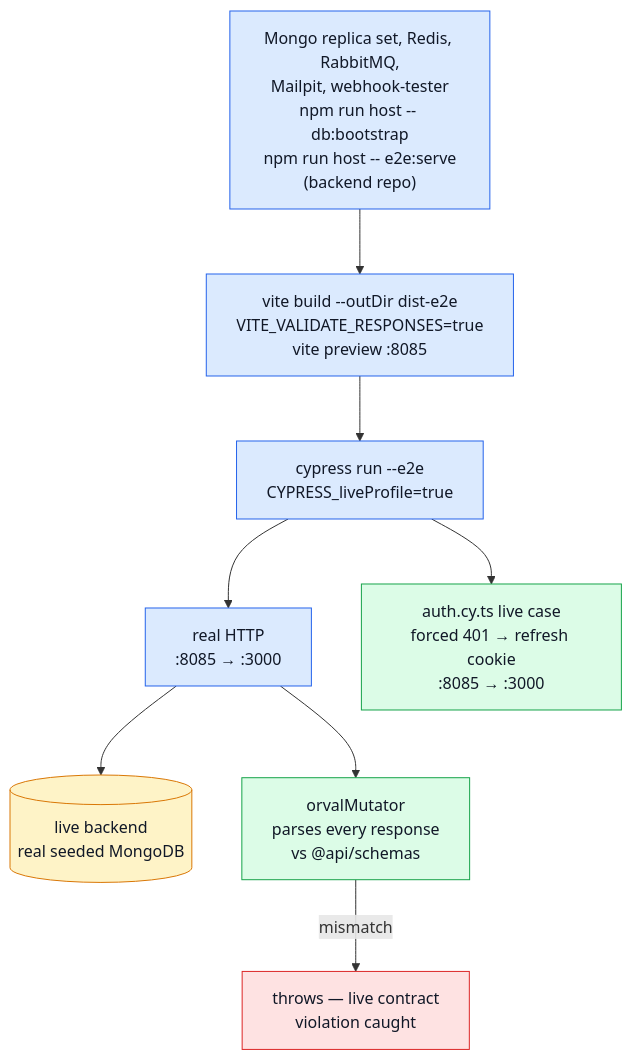
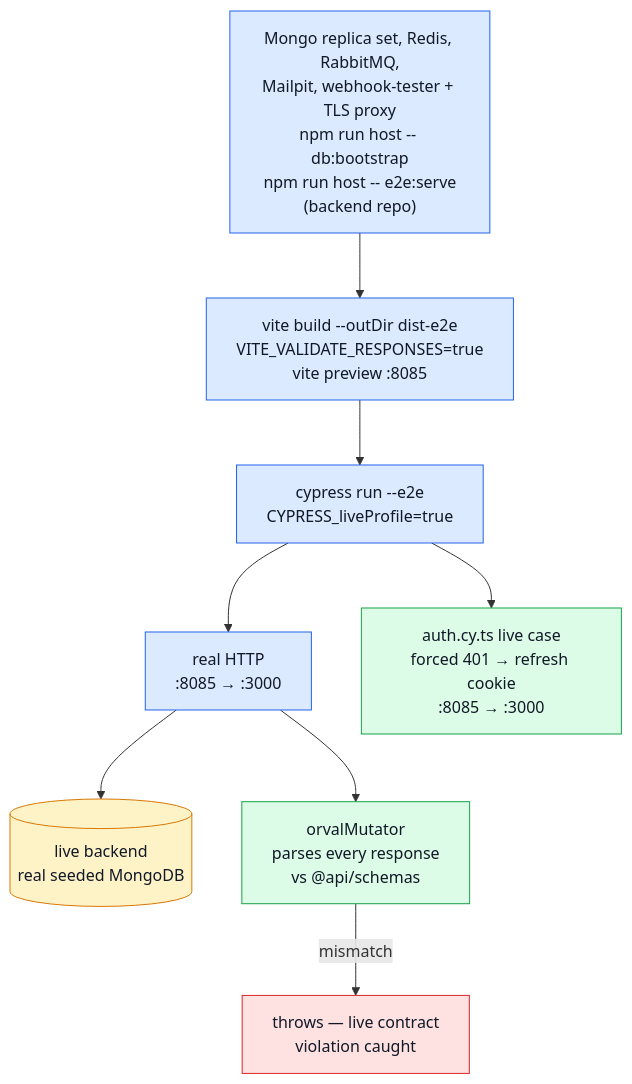
The second of 2 diagrams in docs/tools/live-e2e.md (Guebbit/boilerplate-vue-frontend), drawn with Mermaid before and after one commit. The commit also changed other lines of this file and 6 other files, not shown here.

First line of the commit message:
feat(e2e): live CI puts a TLS proxy before webhook-tester, and the IN journeys use https

````diff
--- a/docs/tools/live-e2e.md
+++ b/docs/tools/live-e2e.md
@@ -65,20 +65,20 @@
 ```mermaid
 %%{init: {'flowchart': {'nodeSpacing': 50, 'rankSpacing': 65}}}%%
 flowchart TB
-    Boot["Mongo replica set, Redis, RabbitMQ,\nMailpit, webhook-tester\nnpm run host -- db:bootstrap\nnpm run host -- e2e:serve\n(backend repo)"] --> Vite["vite build --outDir dist-e2e\nVITE_VALIDATE_RESPONSES=true\nvite preview :8085"]
+    Boot["Mongo replica set, Redis, RabbitMQ,\nMailpit, webhook-tester + TLS proxy\nnpm run host -- db:bootstrap\nnpm run host -- e2e:serve\n(backend repo)"] --> Vite["vite build --outDir dist-e2e\nVITE_VALIDATE_RESPONSES=true\nvite preview :8085"]
     Vite --> Cypress["cypress run --e2e\nCYPRESS_liveProfile=true"]
     Cypress --> Real["real HTTP\n:8085 → :3000"]
     Real --> Backend[("live backend\nreal seeded MongoDB")]
     Real --> Mutator["orvalMutator\nparses every response\nvs @api/schemas"]
     Mutator -->|mismatch| Fail["throws — live contract\nviolation caught"]
     Cypress --> Refresh["auth.cy.ts live case\nforced 401 → refresh cookie\n:8085 → :3000"]
 
     classDef step fill:#dbeafe,stroke:#2563eb,color:#111827;
     classDef check fill:#dcfce7,stroke:#16a34a,color:#111827;
     classDef fail fill:#fee2e2,stroke:#dc2626,color:#111827;
     classDef data fill:#fef3c7,stroke:#d97706,color:#111827;
     class Boot,Vite,Cypress,Real step;
     class Mutator,Parity,Refresh check;
     class Fail fail;
     class Backend data;
 ```
````
